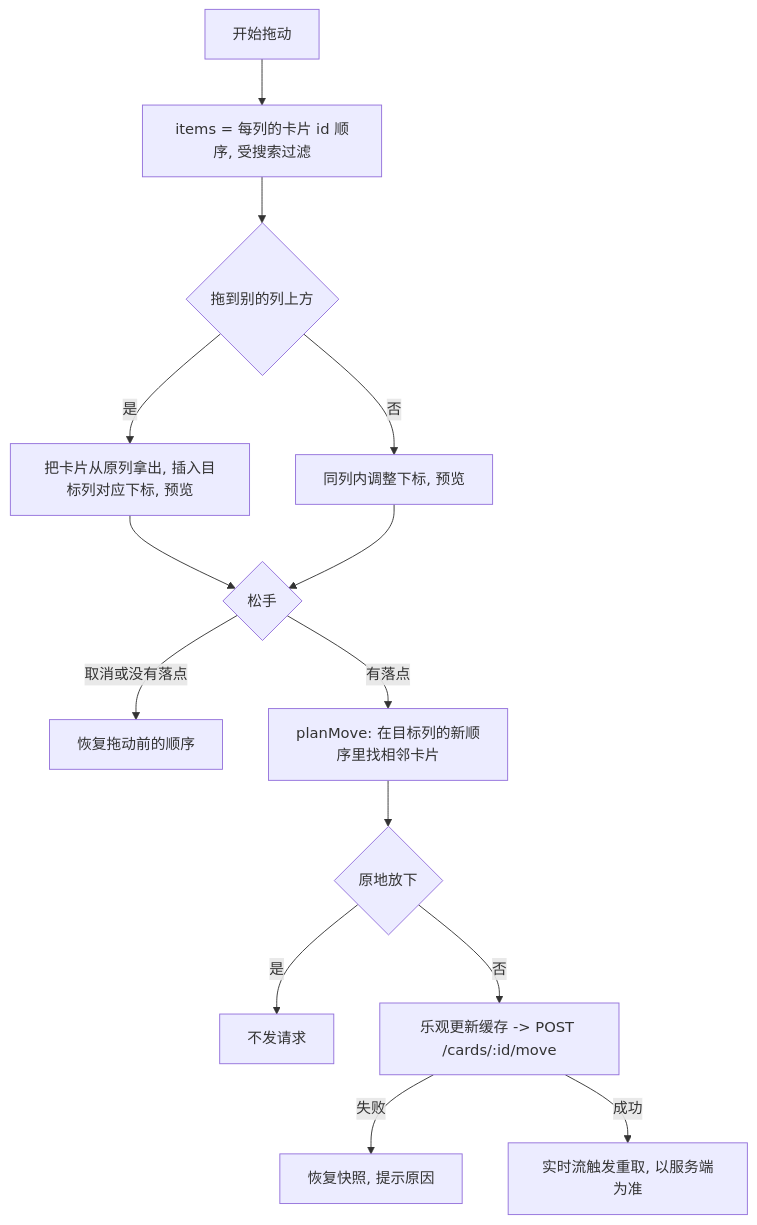
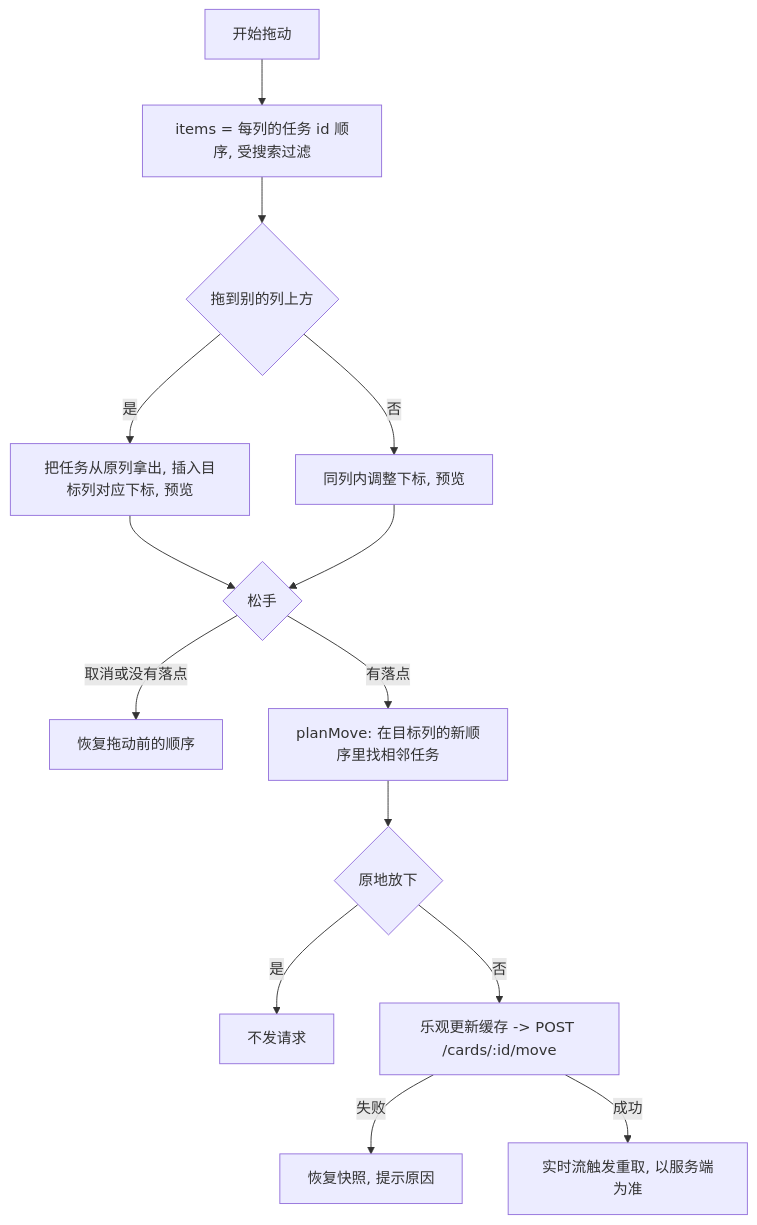
The second of 3 diagrams in .cursor/scopes/web.board.md (ixugo/slate-kanban), drawn with Mermaid before and after one commit. The commit also changed other lines of this file and 49 other files, not shown here.

````diff
--- a/.cursor/scopes/web.board.md
+++ b/.cursor/scopes/web.board.md
@@ -66,16 +66,16 @@
 ```mermaid
 flowchart TD
-    S[开始拖动] --> I[items = 每列的卡片 id 顺序, 受搜索过滤]
+    S[开始拖动] --> I[items = 每列的任务 id 顺序, 受搜索过滤]
     I --> O{拖到别的列上方}
-    O -->|是| M[把卡片从原列拿出, 插入目标列对应下标, 预览]
+    O -->|是| M[把任务从原列拿出, 插入目标列对应下标, 预览]
     O -->|否| K[同列内调整下标, 预览]
     M --> E{松手}
     K --> E
     E -->|取消或没有落点| R[恢复拖动前的顺序]
-    E -->|有落点| P[planMove: 在目标列的新顺序里找相邻卡片]
+    E -->|有落点| P[planMove: 在目标列的新顺序里找相邻任务]
     P --> N{原地放下}
     N -->|是| X[不发请求]
     N -->|否| U[乐观更新缓存 -> POST /cards/:id/move]
     U -->|失败| B[恢复快照, 提示原因]
     U -->|成功| Y[实时流触发重取, 以服务端为准]
 ```
````
